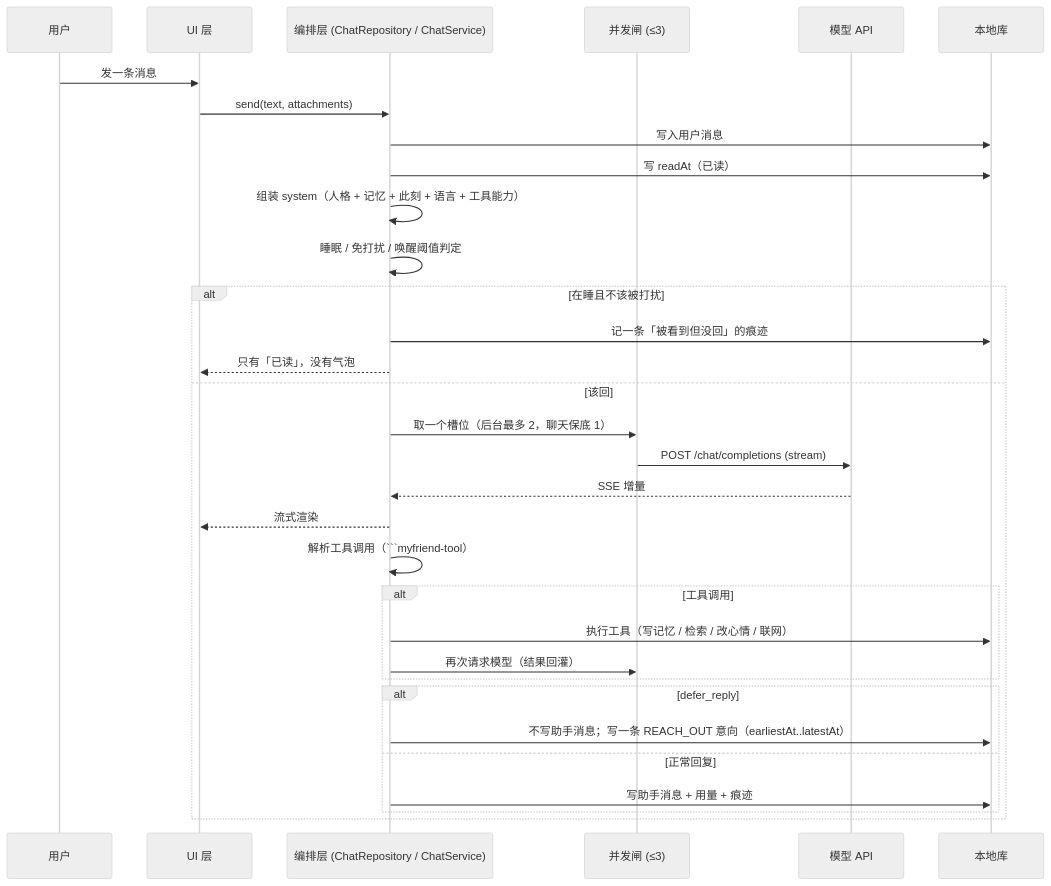
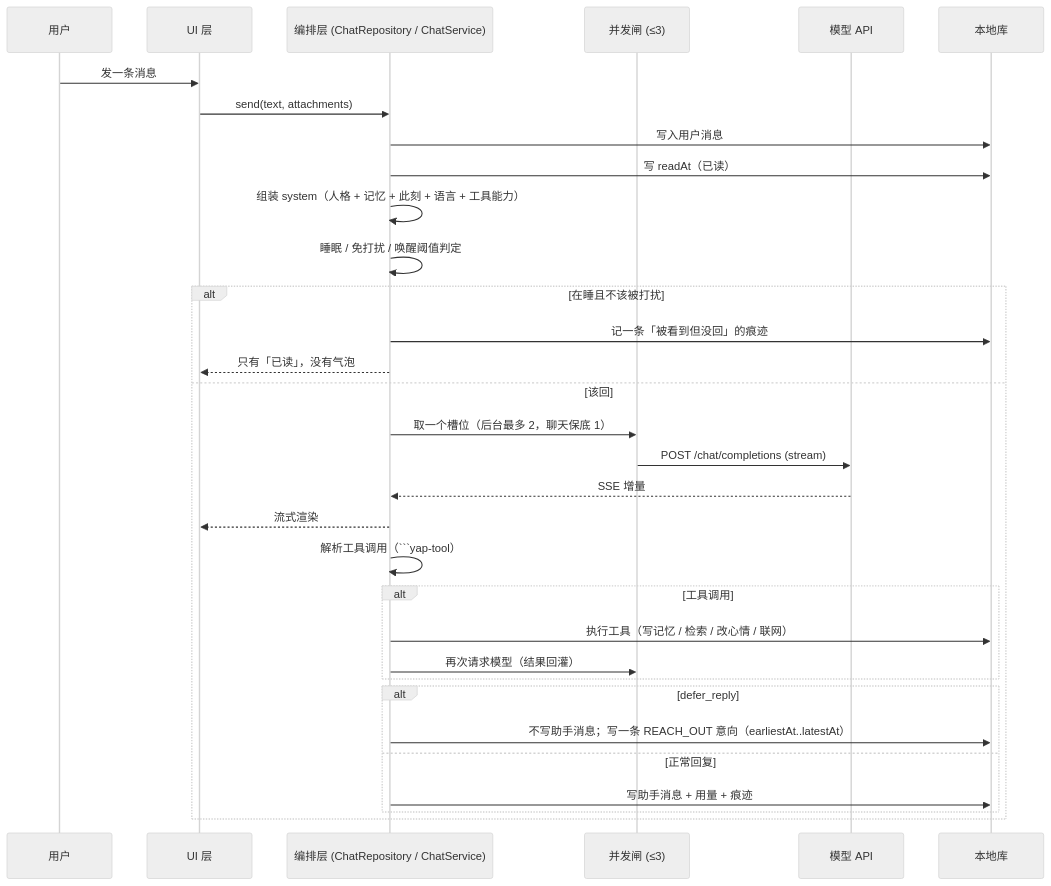
Before and after one commit to HepingGe2333/MyFriend: the second of 3 diagrams in docs/ARCHITECTURE.md, drawn with Mermaid (neutral theme). The commit also changed other lines of this file and 1512 other files, not shown here.

````diff
--- a/docs/ARCHITECTURE.md
+++ b/docs/ARCHITECTURE.md
@@ -54,35 +54,35 @@
 ```mermaid
 sequenceDiagram
   participant U as 用户
   participant UI as UI 层
   participant S as 编排层 (ChatRepository / ChatService)
   participant G as 并发闸 (≤3)
   participant M as 模型 API
   participant DB as 本地库
 
   U->>UI: 发一条消息
   UI->>S: send(text, attachments)
   S->>DB: 写入用户消息
   S->>DB: 写 readAt（已读）
   S->>S: 组装 system（人格 + 记忆 + 此刻 + 语言 + 工具能力）
   S->>S: 睡眠 / 免打扰 / 唤醒阈值判定
   alt 在睡且不该被打扰
     S->>DB: 记一条「被看到但没回」的痕迹
     S-->>UI: 只有「已读」，没有气泡
   else 该回
     S->>G: 取一个槽位（后台最多 2，聊天保底 1）
     G->>M: POST /chat/completions (stream)
     M-->>S: SSE 增量
     S-->>UI: 流式渲染
-    S->>S: 解析工具调用（```myfriend-tool）
+    S->>S: 解析工具调用（```yap-tool）
     alt 工具调用
       S->>DB: 执行工具（写记忆 / 检索 / 改心情 / 联网）
       S->>G: 再次请求模型（结果回灌）
     end
     alt defer_reply
       S->>DB: 不写助手消息；写一条 REACH_OUT 意向（earliestAt..latestAt）
     else 正常回复
       S->>DB: 写助手消息 + 用量 + 痕迹
     end
   end
 ```
````
